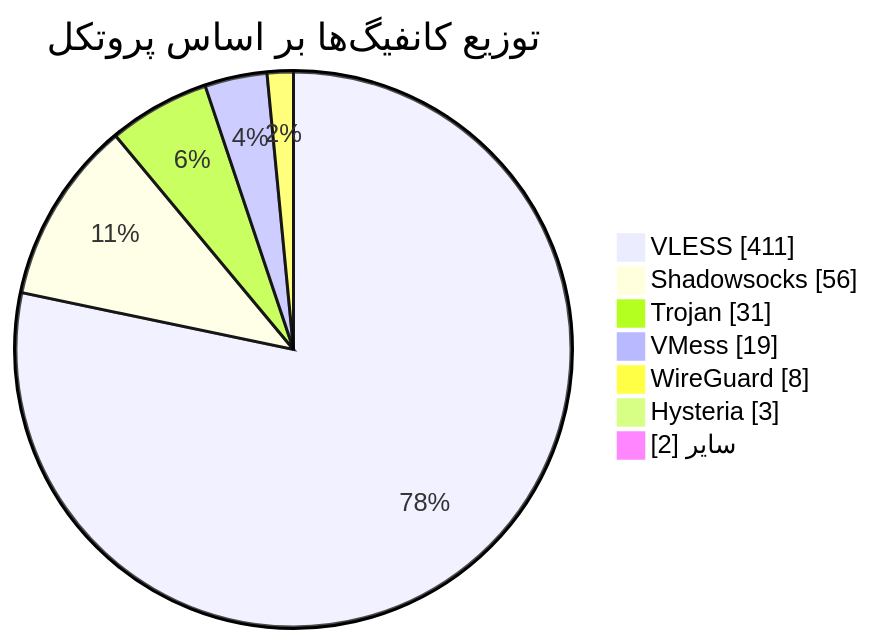
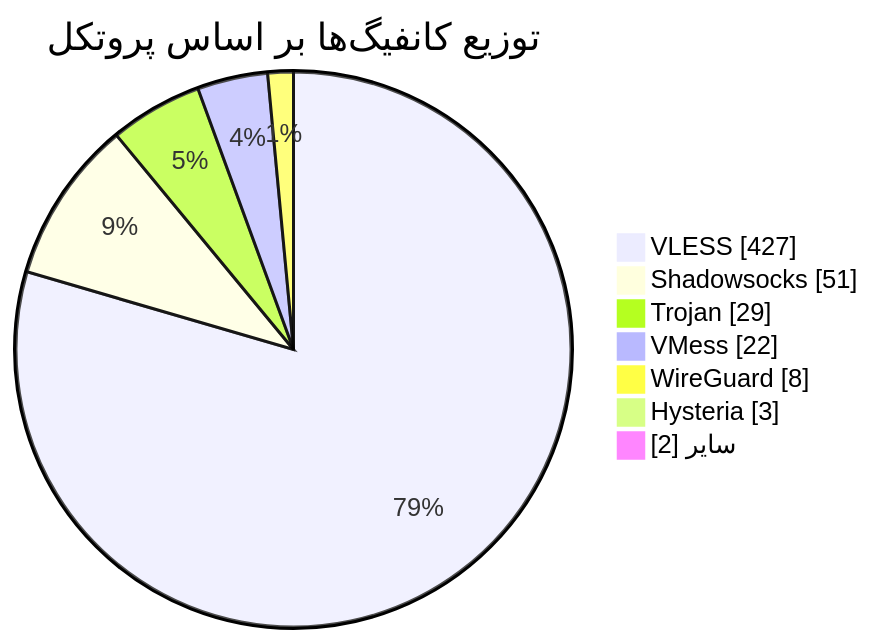
One commit to Arian-Alijani/Somthing changed the diagram in README.md. Above: the diagram before and after it, drawn with Mermaid. The commit also changed other lines of this file and 83 other files, not shown here.

````diff
--- a/README.md
+++ b/README.md
@@ -49,11 +49,11 @@
 ```mermaid
 pie showData
     title توزیع کانفیگ‌ها بر اساس پروتکل
-    "VLESS" : 411
-    "Shadowsocks" : 56
-    "Trojan" : 31
-    "VMess" : 19
+    "VLESS" : 427
+    "Shadowsocks" : 51
+    "Trojan" : 29
+    "VMess" : 22
     "WireGuard" : 8
     "Hysteria" : 3
     "سایر" : 2
 ```
````
